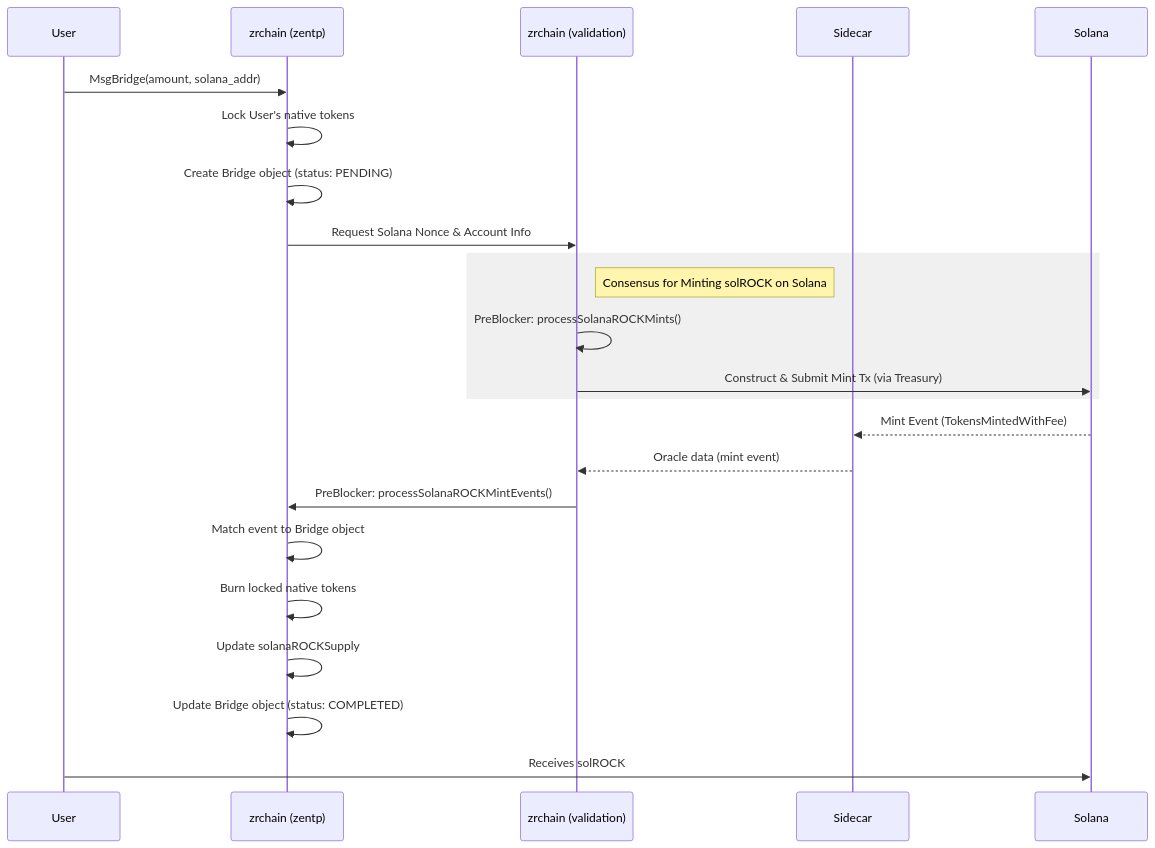
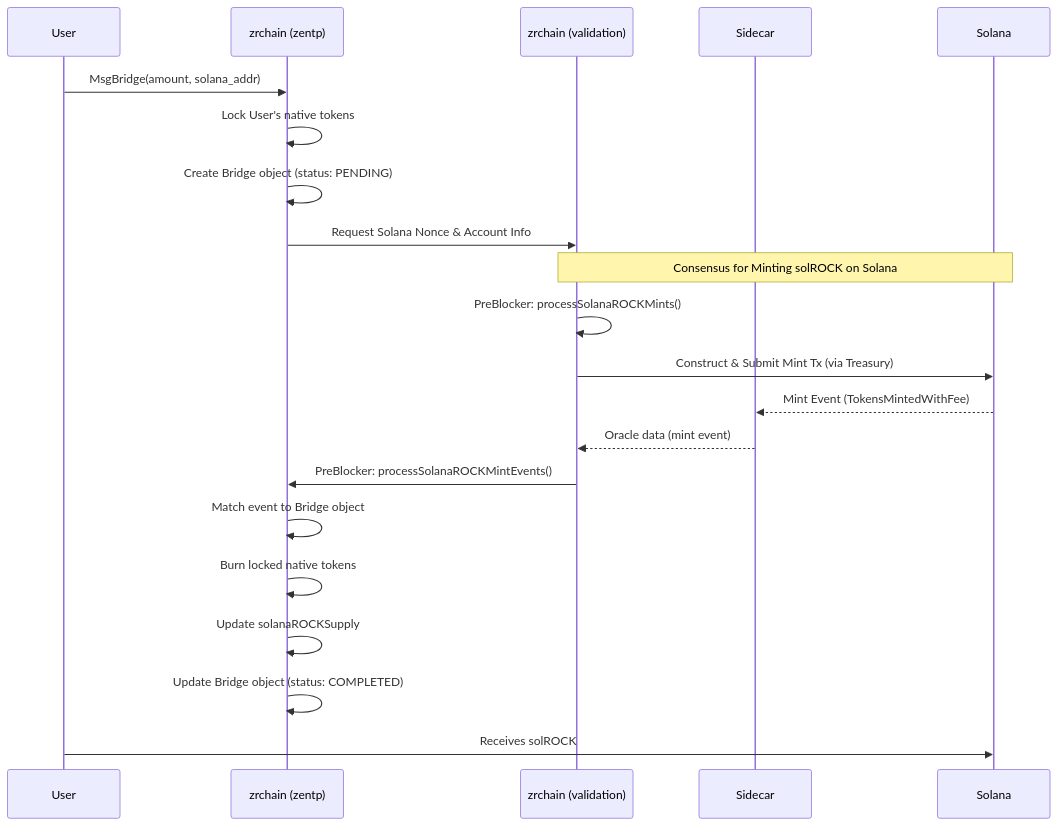
One commit to zenrocklabs/zrchain changed the third of 4 diagrams in docs/README.md. Above: the diagram before and after it, drawn with Mermaid. The commit also changed other lines of this file, not shown here.

````diff
--- a/docs/README.md
+++ b/docs/README.md
@@ -140,29 +126,27 @@
 ```mermaid
 sequenceDiagram
     participant User
     participant zrchain as zrchain (zentp)
     participant zrchain_val as zrchain (validation)
     participant Sidecar
     participant Solana
 
     User->>zrchain: MsgBridge(amount, solana_addr)
     zrchain->>zrchain: Lock User's native tokens
     zrchain->>zrchain: Create Bridge object (status: PENDING)
     zrchain->>zrchain_val: Request Solana Nonce & Account Info
 
-    rect rgb(240, 240, 240)
-    Note right of zrchain_val: Consensus for Minting solROCK on Solana
+    Note over zrchain_val,Solana: Consensus for Minting solROCK on Solana
     zrchain_val->>zrchain_val: PreBlocker: processSolanaROCKMints()
     zrchain_val->>Solana: Construct & Submit Mint Tx (via Treasury)
-    end
 
     Solana-->>Sidecar: Mint Event (TokensMintedWithFee)
     Sidecar-->>zrchain_val: Oracle data (mint event)
 
     zrchain_val->>zrchain: PreBlocker: processSolanaROCKMintEvents()
     zrchain->>zrchain: Match event to Bridge object
     zrchain->>zrchain: Burn locked native tokens
     zrchain->>zrchain: Update solanaROCKSupply
     zrchain->>zrchain: Update Bridge object (status: COMPLETED)
     User->>Solana: Receives solROCK
 ```
````
